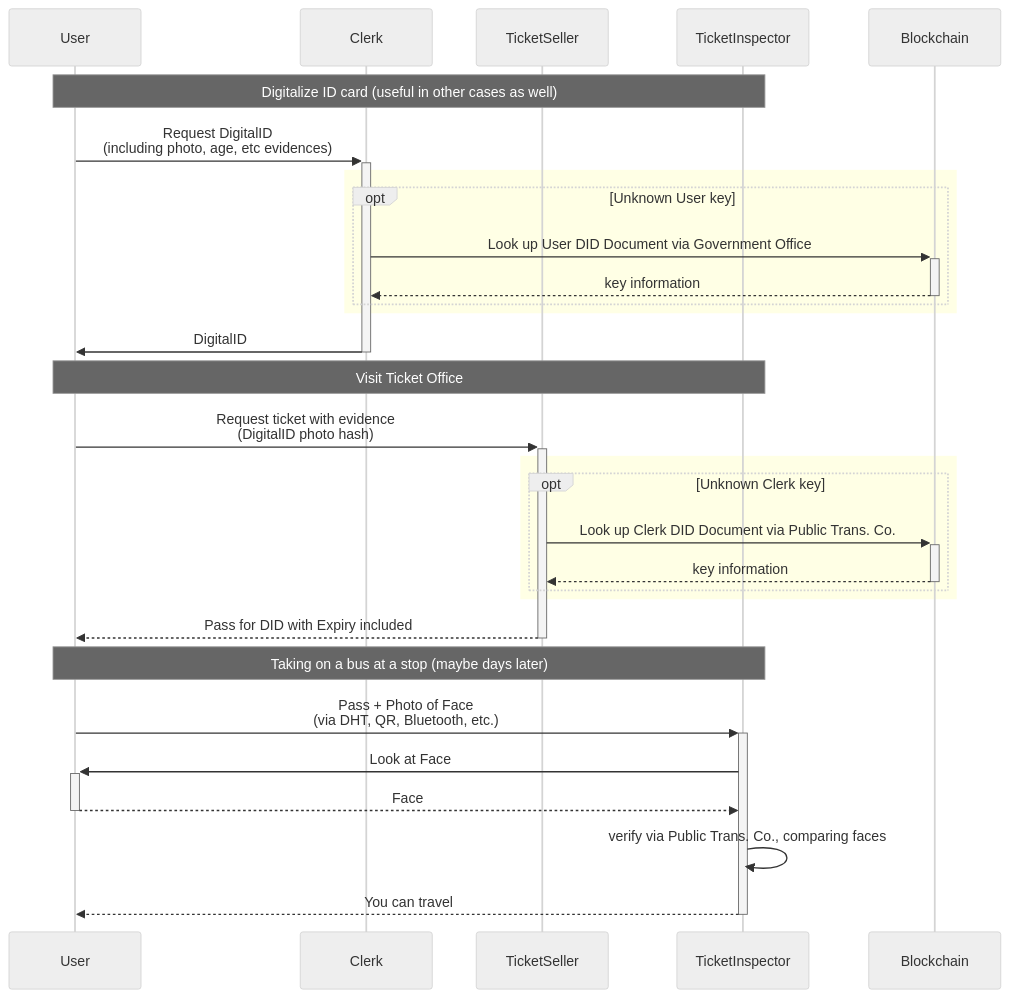
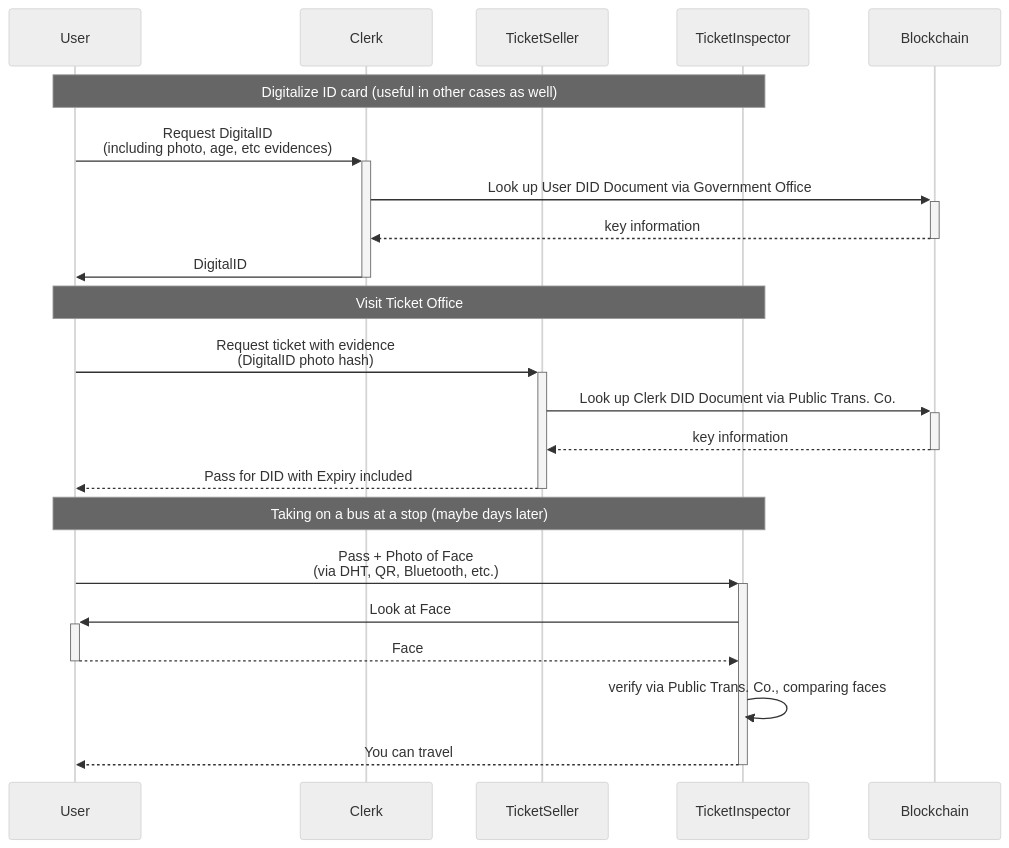
One commit to HydraMeshnet/developer-portal changed the diagram in usecases/public_transportation.md. Above: the diagram before and after it, drawn with Mermaid (neutral theme). The commit also changed 2 other files, not shown here.

Commit message:
Finishing usecase3

````diff
--- a/usecases/public_transportation.md
+++ b/usecases/public_transportation.md
@@ -44,38 +44,30 @@
 ```mermaid
 sequenceDiagram
   participant User
   participant Clerk
   participant TicketSeller
   participant TicketInspector
   
   note over User,TicketInspector: Digitalize ID card (useful in other cases as well)
   User ->> +Clerk: Request DigitalID<br>(including photo, age, etc evidences)
   
-  rect rgba(255, 255, 0, .1)
-  opt Unknown User key
   Clerk ->> +Blockchain: Look up User DID Document via Government Office
   Blockchain -->> -Clerk: key information
-  end
-  end
   
   Clerk ->> -User: DigitalID
   
   note over User,TicketInspector: Visit Ticket Office
   User ->> +TicketSeller: Request ticket with evidence<br>(DigitalID photo hash)
   
-  rect rgba(255, 255, 0, .1)
-  opt Unknown Clerk key
   TicketSeller ->> +Blockchain: Look up Clerk DID Document via Public Trans. Co.
   Blockchain -->> -TicketSeller: key information
-  end
-  end
   
   TicketSeller -->> -User: Pass for DID with Expiry included
     
   note over User,TicketInspector: Taking on a bus at a stop (maybe days later)
   User ->> +TicketInspector: Pass + Photo of Face<br>(via DHT, QR, Bluetooth, etc.)
   TicketInspector ->> +User: Look at Face
   User -->> -TicketInspector: Face
   TicketInspector ->> TicketInspector: verify via Public Trans. Co., comparing faces
   TicketInspector -->> -User: You can travel
 ```
````
